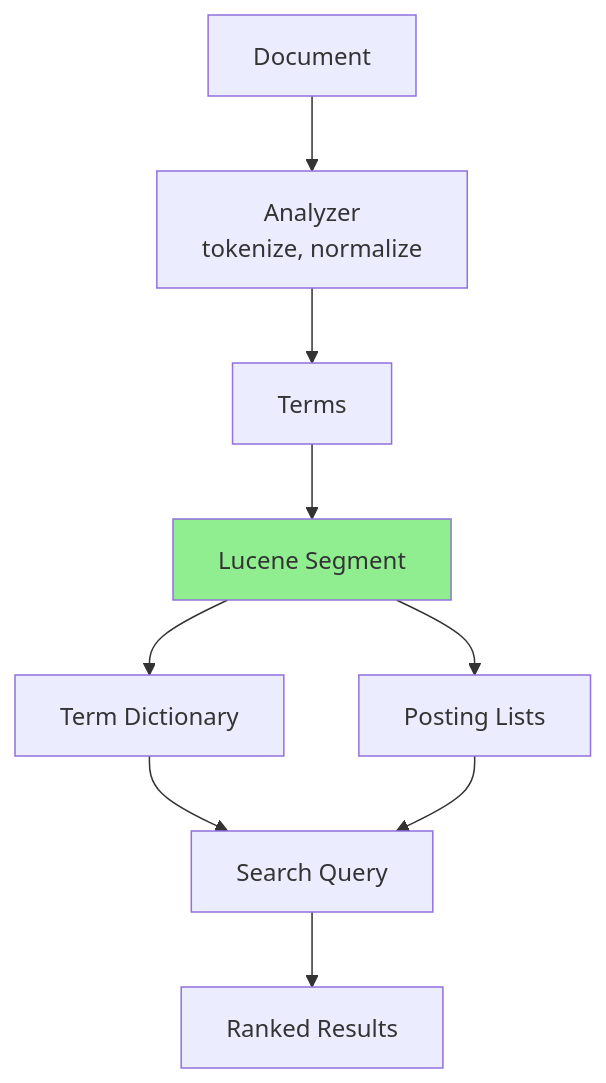
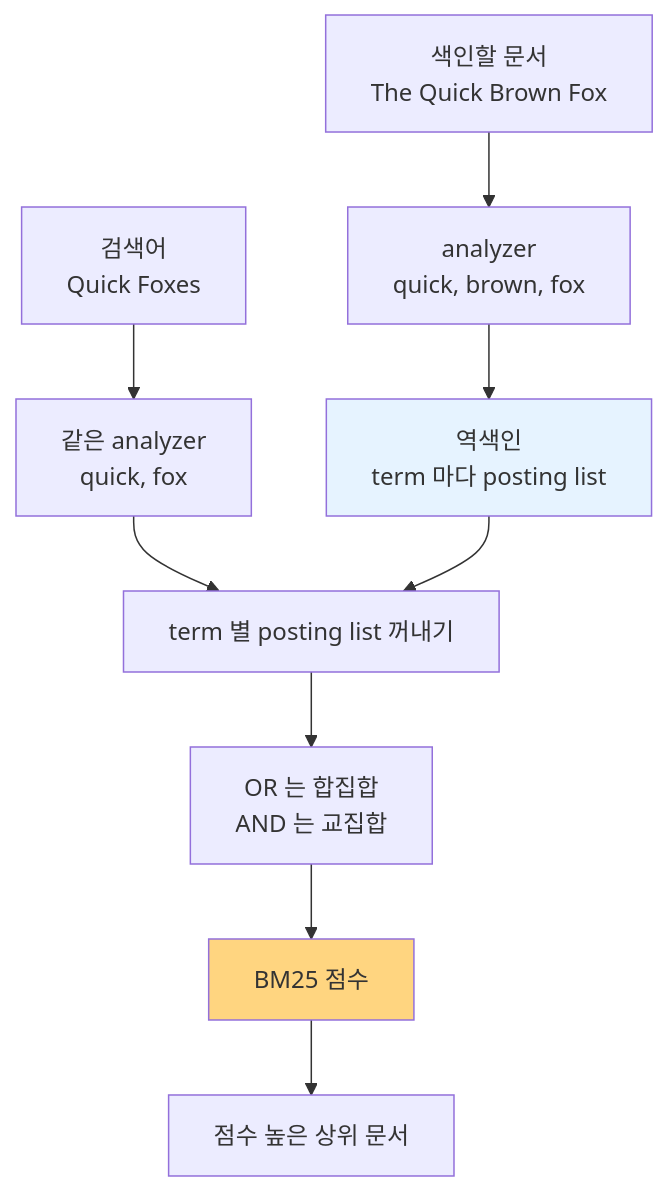
Before and after one commit to zzong2006/zzong2006.github.io: the diagram in content/retrieval/sparse/Inverted Index.md, drawn with Mermaid. The commit also changed other lines of this file and 2 other files, not shown here.

First line of the commit message:
Rewrite Inverted Index note around one keyword-search example

````diff
--- a/content/retrieval/sparse/Inverted Index.md
+++ b/content/retrieval/sparse/Inverted Index.md
@@ -71,12 +32,13 @@
 ```mermaid
 flowchart TD
-    DOC["Document"] --> ANALYZER["Analyzer<br/>tokenize, normalize"]
-    ANALYZER --> TERMS["Terms"]
-    TERMS --> LUCENE["Lucene Segment"]
-    LUCENE --> DICT["Term Dictionary"]
-    LUCENE --> POST["Posting Lists"]
-    DICT --> SEARCH["Search Query"]
-    POST --> SEARCH
-    SEARCH --> RESULT["Ranked Results"]
-    style LUCENE fill:#90EE90
+    D["색인할 문서<br/>The Quick Brown Fox"] --> A1["analyzer<br/>quick, brown, fox"]
+    A1 --> IDX["역색인<br/>term 마다 posting list"]
+    Q["검색어<br/>Quick Foxes"] --> A2["같은 analyzer<br/>quick, fox"]
+    A2 --> L["term 별 posting list 꺼내기"]
+    IDX --> L
+    L --> M["OR 는 합집합<br/>AND 는 교집합"]
+    M --> S["BM25 점수"]
+    S --> R["점수 높은 상위 문서"]
+    style IDX fill:#E6F3FF
+    style S fill:#FFD580
 ```
````
